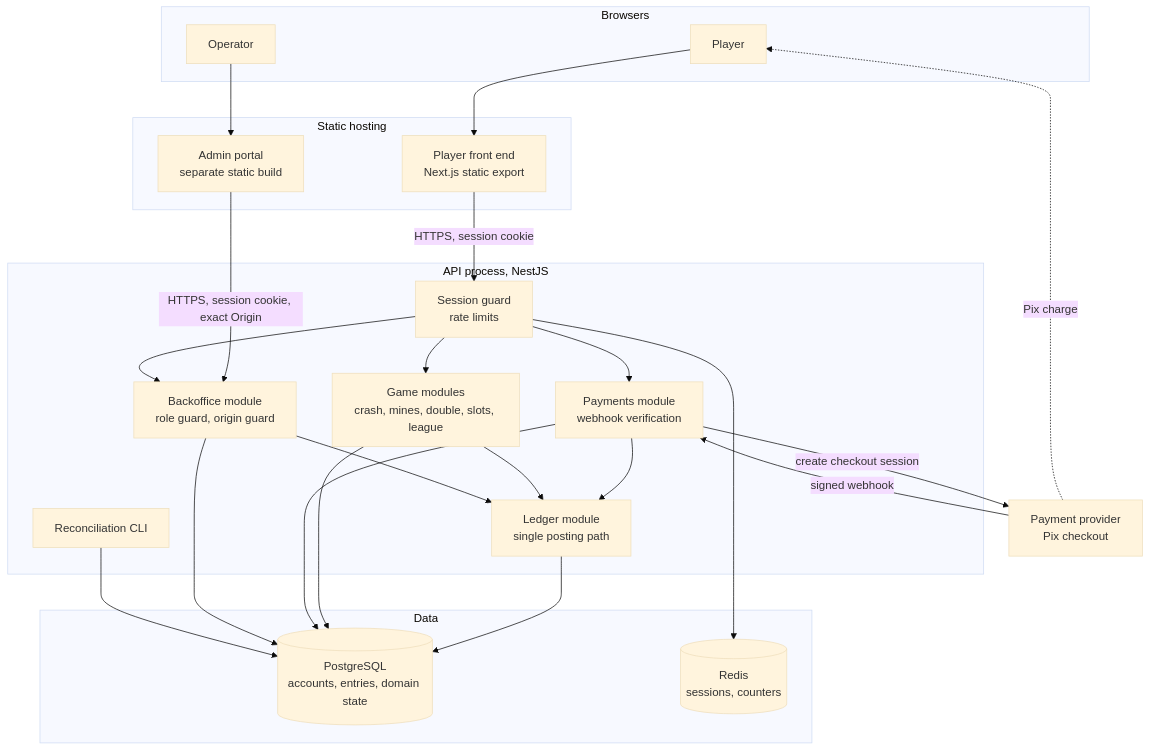
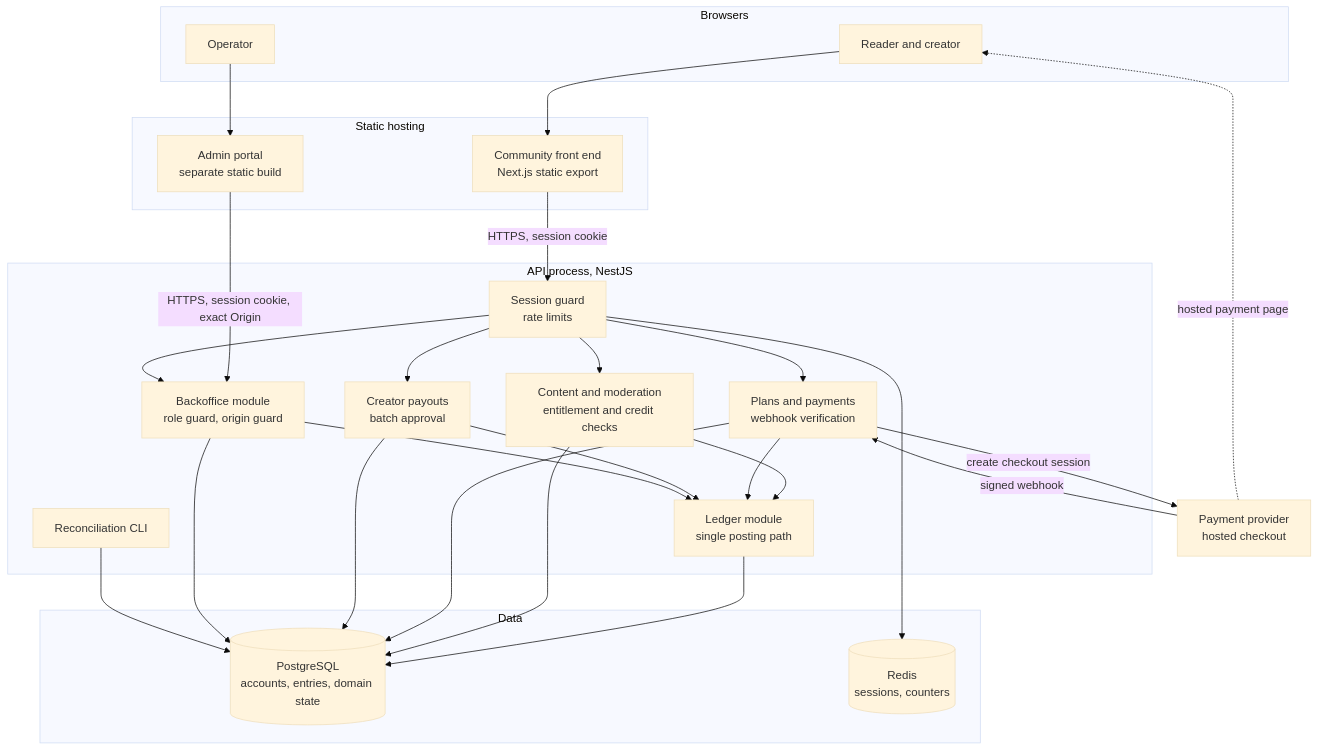
The diagram in diagrams/architecture.mmd (yahbeaumont/vai-de-qual), drawn with Mermaid (base theme) before and after one commit. The commit also changed 19 other files, not shown here.

```diff
--- a/diagrams/architecture.mmd
+++ b/diagrams/architecture.mmd
@@ -1,46 +1,50 @@
 flowchart TB
   subgraph clients["Browsers"]
-    player["Player"]
+    reader["Reader and creator"]
     operator["Operator"]
   end
 
   subgraph hosting["Static hosting"]
-    web["Player front end<br/>Next.js static export"]
+    web["Community front end<br/>Next.js static export"]
     portal["Admin portal<br/>separate static build"]
   end
 
   subgraph api["API process, NestJS"]
     session["Session guard<br/>rate limits"]
-    payments["Payments module<br/>webhook verification"]
-    games["Game modules<br/>crash, mines, double, slots, league"]
+    content["Content and moderation<br/>entitlement and credit checks"]
+    payments["Plans and payments<br/>webhook verification"]
+    payouts["Creator payouts<br/>batch approval"]
     backoffice["Backoffice module<br/>role guard, origin guard"]
     ledger["Ledger module<br/>single posting path"]
     reconcile["Reconciliation CLI"]
   end
 
   subgraph data["Data"]
     pg[("PostgreSQL<br/>accounts, entries, domain state")]
     redis[("Redis<br/>sessions, counters")]
   end
 
-  psp["Payment provider<br/>Pix checkout"]
+  psp["Payment provider<br/>hosted checkout"]
 
-  player --> web
+  reader --> web
   operator --> portal
   web -->|"HTTPS, session cookie"| session
   portal -->|"HTTPS, session cookie, exact Origin"| backoffice
+  session --> content
   session --> payments
-  session --> games
+  session --> payouts
   session --> backoffice
+  content --> ledger
   payments --> ledger
-  games --> ledger
+  payouts --> ledger
   backoffice --> ledger
   ledger --> pg
-  games --> pg
+  content --> pg
   payments --> pg
+  payouts --> pg
   backoffice --> pg
   reconcile --> pg
   session --> redis
   payments -->|"create checkout session"| psp
   psp -->|"signed webhook"| payments
-  psp -.->|"Pix charge"| player
+  psp -.->|"hosted payment page"| reader
```
